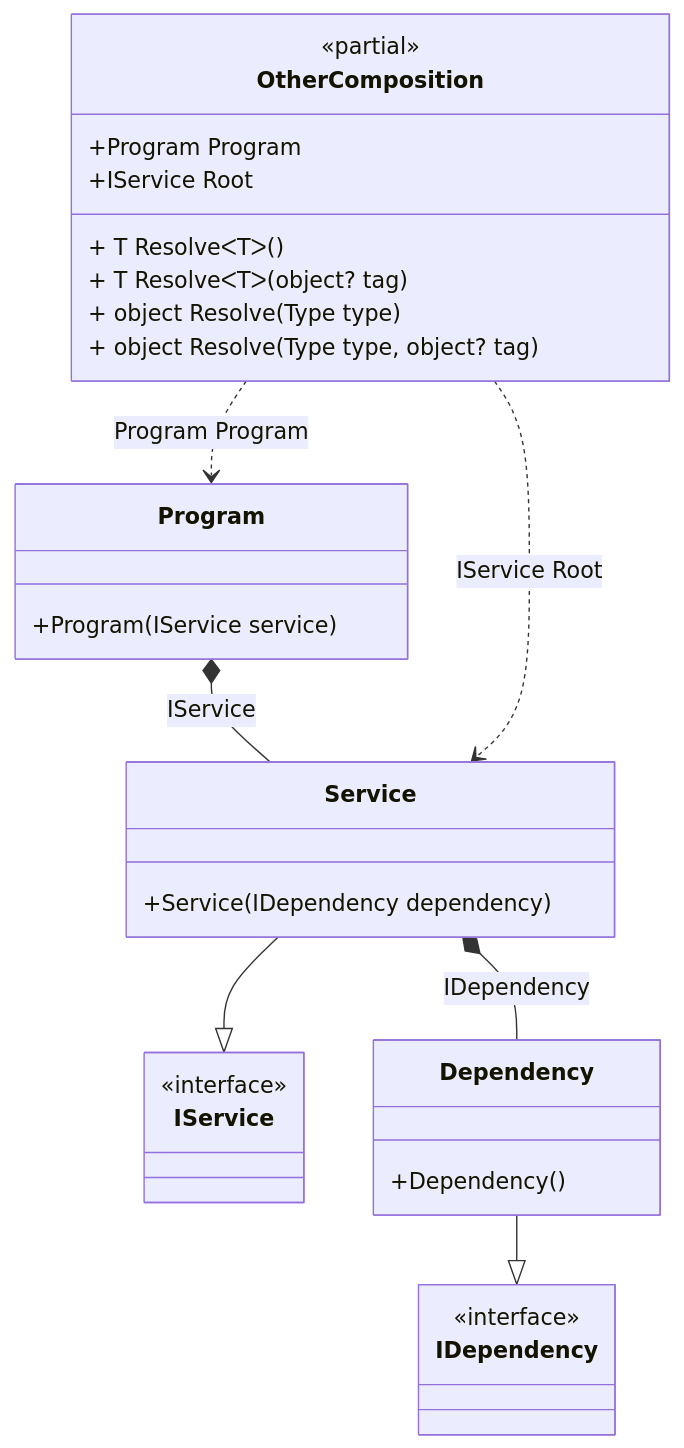
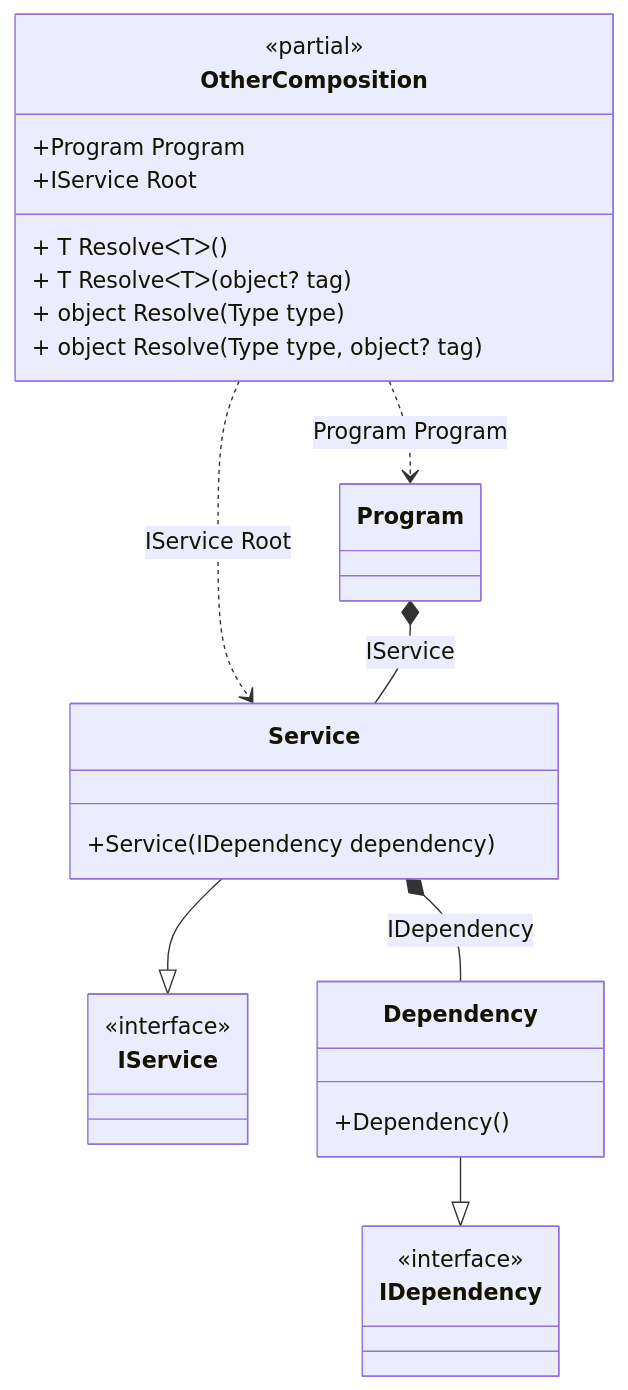
The diagram in readme/dependent-compositions.md (DevTeam/Pure.DI), drawn with Mermaid before and after one commit. The commit also changed 92 other files, not shown here.

````diff
--- a/readme/dependent-compositions.md
+++ b/readme/dependent-compositions.md
@@ -369,33 +369,30 @@
 ```mermaid
 classDiagram
 	class OtherComposition {
 		<<partial>>
 		+Program Program
 		+IService Root
 		+ T ResolveᐸTᐳ()
 		+ T ResolveᐸTᐳ(object? tag)
 		+ object Resolve(Type type)
 		+ object Resolve(Type type, object? tag)
-	}
-	class Program {
-		+Program(IService service)
 	}
 	Service --|> IService
 	class Service {
 		+Service(IDependency dependency)
 	}
 	Dependency --|> IDependency
 	class Dependency {
 		+Dependency()
 	}
 	class IService {
 		<<interface>>
 	}
 	class IDependency {
 		<<interface>>
 	}
-	Program *--  Service : IService
 	OtherComposition ..> Program : Program Program
 	OtherComposition ..> Service : IService Root
+	Program *--  Service : IService
 	Service *--  Dependency : IDependency
 ```
````
